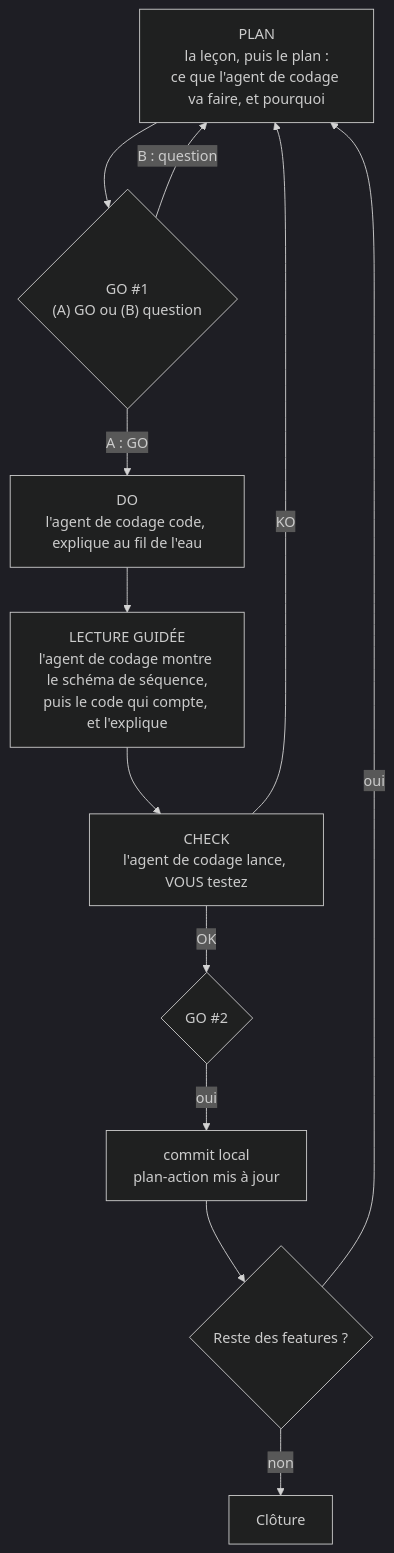
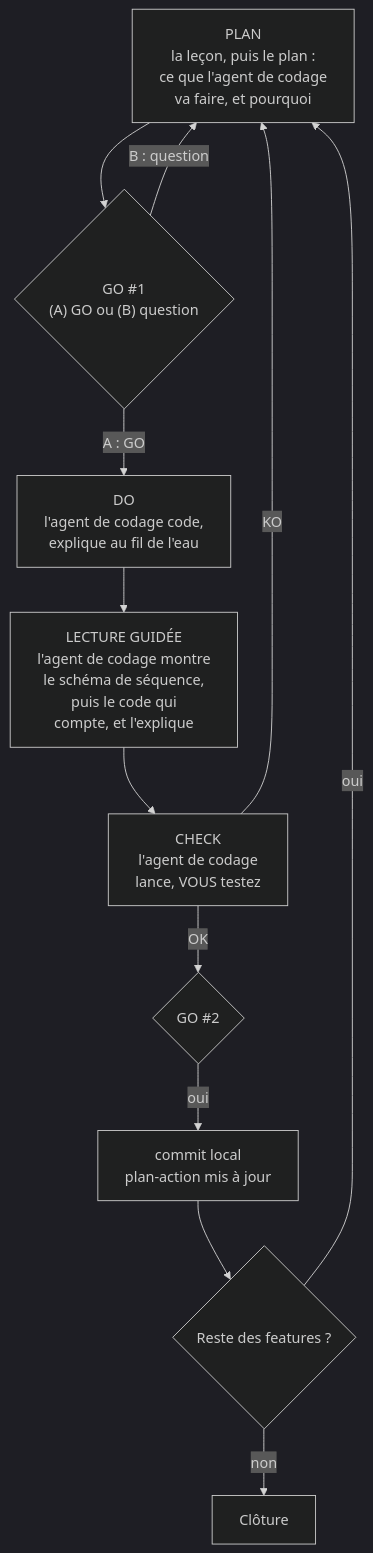
Before and after one commit to lecinquiemejour-code/goodvibe-tuto: the ninth of 42 diagrams in tuto-goodvibe-vibecoding.md, drawn with Mermaid (dark theme). The commit also changed other lines of this file and 1 other file, not shown here.

First line of the commit message:
fix(tuto, readme): lignes des boîtes redécoupées dans tous les diagrammes, pour ne plus être coupées sur GitHub

````diff
--- a/tuto-goodvibe-vibecoding.md
+++ b/tuto-goodvibe-vibecoding.md
@@ -561,14 +561,14 @@
 ```mermaid
 flowchart TD
-    P["PLAN<br/>la leçon, puis le plan :<br/>ce que l'agent de codage va faire, et pourquoi"] --> G1{"GO #1<br/>(A) GO ou (B) question"}
+    P["PLAN<br/>la leçon, puis le plan :<br/>ce que l'agent de codage<br/>va faire, et pourquoi"] --> G1{"GO #1<br/>(A) GO ou (B) question"}
     G1 -- "B : question" --> P
-    G1 -- "A : GO" --> DO["DO<br/>l'agent de codage code, explique au fil de l'eau"]
-    DO --> LG["LECTURE GUIDÉE<br/>l'agent de codage montre le schéma de séquence,<br/>puis le code qui compte, et l'explique"]
-    LG --> CK["CHECK<br/>l'agent de codage lance, VOUS testez"]
+    G1 -- "A : GO" --> DO["DO<br/>l'agent de codage code,<br/>explique au fil de l'eau"]
+    DO --> LG["LECTURE GUIDÉE<br/>l'agent de codage montre<br/>le schéma de séquence,<br/>puis le code qui<br/>compte, et l'explique"]
+    LG --> CK["CHECK<br/>l'agent de codage<br/>lance, VOUS testez"]
     CK -- "KO" --> P
     CK -- "OK" --> G2{"GO #2"}
     G2 -- "oui" --> CM["commit local<br/>plan-action mis à jour"]
     CM --> N{"Reste des features ?"}
     N -- "oui" --> P
     N -- "non" --> ML["Clôture"]
 ```
````
